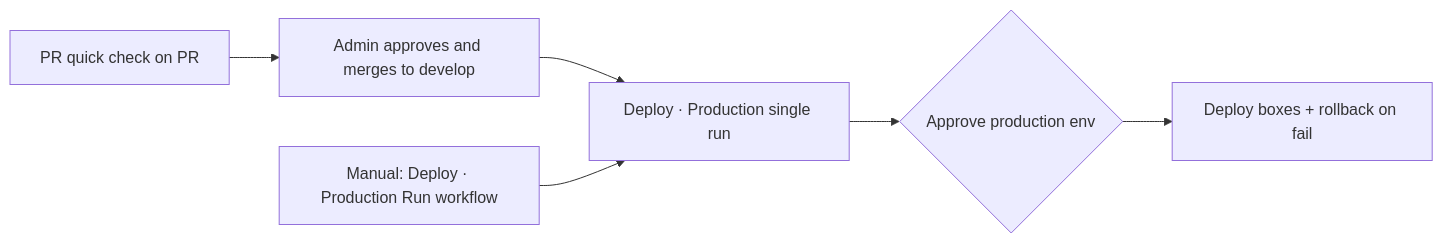
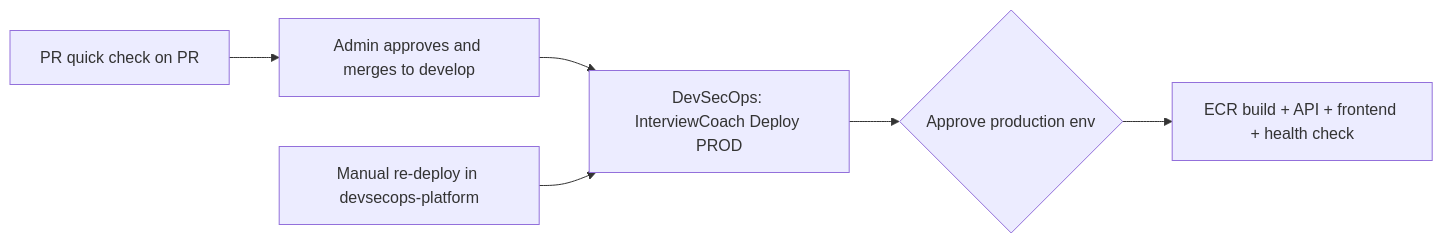
One commit to moback-ai/interviewcoach-AI changed the diagram in docs/REQUIREMENTS.md. Above: the diagram before and after it, drawn with Mermaid. The commit also changed other lines of this file and 20 other files, not shown here.

First line of the commit message:
Document prod architecture and CloudFront cutover; sync infra scripts to repo.

````diff
--- a/docs/REQUIREMENTS.md
+++ b/docs/REQUIREMENTS.md
@@ -83,8 +85,8 @@
 ```mermaid
 flowchart LR
   A[PR quick check on PR] --> B[Admin approves and merges to develop]
-  B --> C[Deploy · Production single run]
+  B --> C[DevSecOps: InterviewCoach Deploy PROD]
   C --> D{Approve production env}
-  D --> E[Deploy boxes + rollback on fail]
-  M[Manual: Deploy · Production Run workflow] --> C
+  D --> E[ECR build + API + frontend + health check]
+  M[Manual re-deploy in devsecops-platform] --> C
 ```
````
